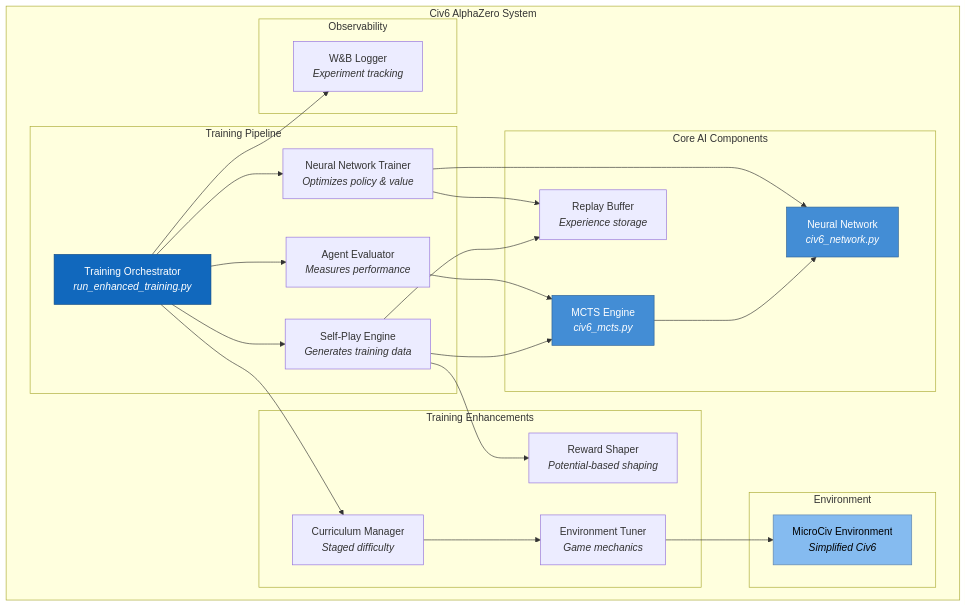
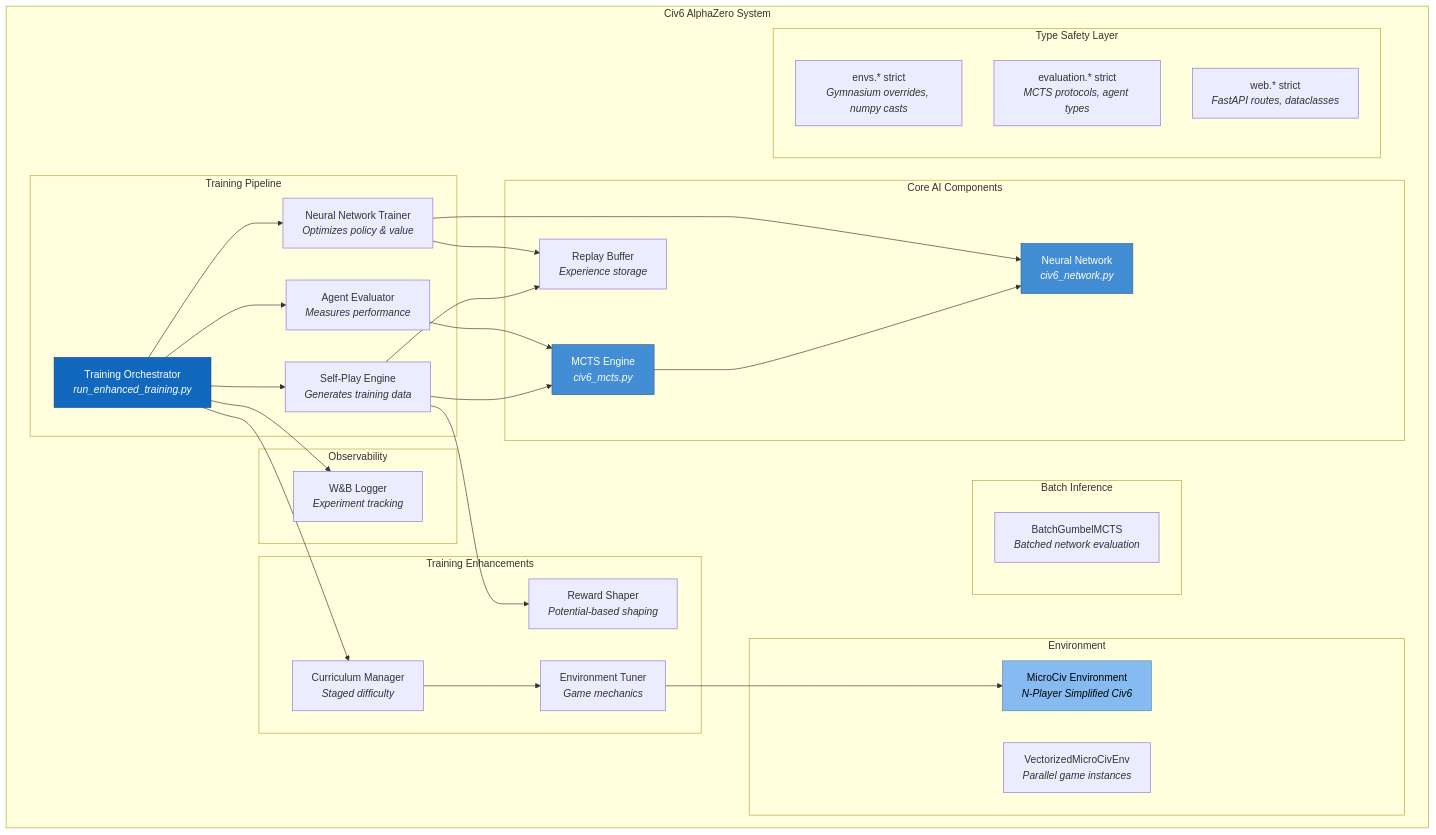
One commit to Mango-Metrics-NLM/Civ6-AlphaZero changed the second of 14 diagrams in README.md. Above: the diagram before and after it, drawn with Mermaid. The commit also changed other lines of this file and 78 other files, not shown here.

````diff
--- a/README.md
+++ b/README.md
@@ -125,54 +131,65 @@
 ```mermaid
 graph TB
     subgraph "Civ6 AlphaZero System"
         subgraph "Training Pipeline"
             Orchestrator["Training Orchestrator<br/><i>run_enhanced_training.py</i>"]
             SelfPlay["Self-Play Engine<br/><i>Generates training data</i>"]
             Trainer["Neural Network Trainer<br/><i>Optimizes policy & value</i>"]
             Evaluator["Agent Evaluator<br/><i>Measures performance</i>"]
         end
 
         subgraph "Core AI Components"
             MCTS["MCTS Engine<br/><i>civ6_mcts.py</i>"]
             Network["Neural Network<br/><i>civ6_network.py</i>"]
             Buffer["Replay Buffer<br/><i>Experience storage</i>"]
         end
 
         subgraph "Training Enhancements"
             Curriculum["Curriculum Manager<br/><i>Staged difficulty</i>"]
             Rewards["Reward Shaper<br/><i>Potential-based shaping</i>"]
             EnvTuner["Environment Tuner<br/><i>Game mechanics</i>"]
         end
 
         subgraph "Environment"
-            MicroCiv["MicroCiv Environment<br/><i>Simplified Civ6</i>"]
+            MicroCiv["MicroCiv Environment<br/><i>N-Player Simplified Civ6</i>"]
+            VecEnv["VectorizedMicroCivEnv<br/><i>Parallel game instances</i>"]
+        end
+
+        subgraph "Batch Inference"
+            BatchMCTS["BatchGumbelMCTS<br/><i>Batched network evaluation</i>"]
         end
 
         subgraph "Observability"
             WandbLogger["W&B Logger<br/><i>Experiment tracking</i>"]
+        end
+
+        subgraph "Type Safety Layer"
+            MypyEnvs["envs.* strict<br/><i>Gymnasium overrides, numpy casts</i>"]
+            MypyEval["evaluation.* strict<br/><i>MCTS protocols, agent types</i>"]
+            MypyWeb["web.* strict<br/><i>FastAPI routes, dataclasses</i>"]
         end
     end
 
     Orchestrator --> SelfPlay
     Orchestrator --> Trainer
     Orchestrator --> Evaluator
     Orchestrator --> Curriculum
     Orchestrator --> WandbLogger
 
     SelfPlay --> MCTS
     SelfPlay --> Buffer
     SelfPlay --> Rewards
 
     MCTS --> Network
     Trainer --> Network
     Trainer --> Buffer
 
     Evaluator --> MCTS
     Curriculum --> EnvTuner
     EnvTuner --> MicroCiv
 
     style Orchestrator fill:#1168bd,stroke:#0b4884,color:#ffffff
     style Network fill:#438dd5,stroke:#2e6295,color:#ffffff
     style MCTS fill:#438dd5,stroke:#2e6295,color:#ffffff
     style MicroCiv fill:#85bbf0,stroke:#5d82a8,color:#000000
 ```
````
